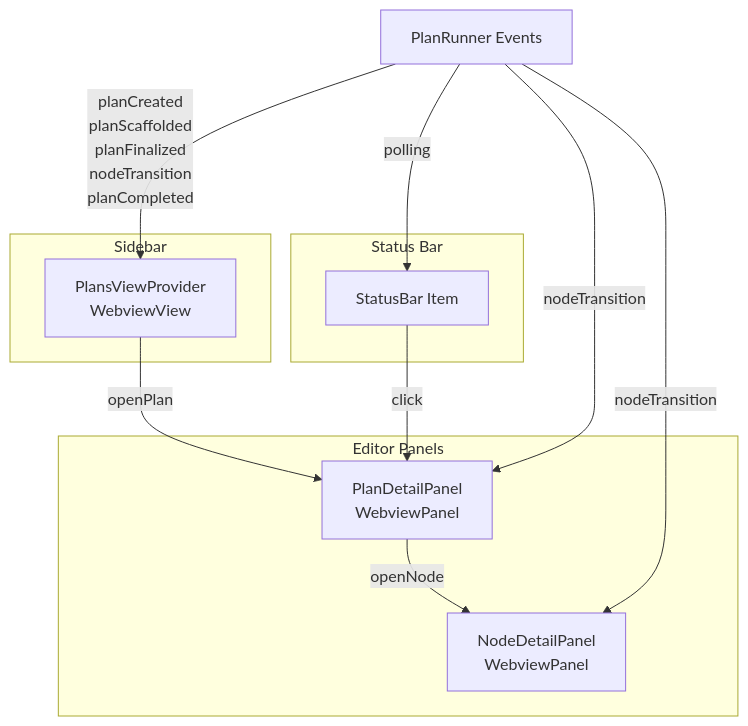
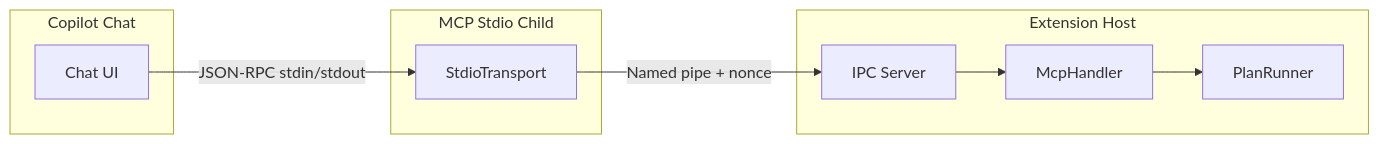
Diagram 12 of 13 in docs/ARCHITECTURE.md (JeromySt/vscode-copilot-orchestrator), drawn with Mermaid before and after one commit. The commit also changed other lines of this file and 184 other files, not shown here.

````diff
--- a/docs/ARCHITECTURE.md
+++ b/docs/ARCHITECTURE.md
@@ -640,24 +693,21 @@
 ```mermaid
-graph TB
-    subgraph "Sidebar"
-        PV[PlansViewProvider<br/>WebviewView]
+graph LR
+    subgraph "Copilot Chat"
+        CHAT[Chat UI]
     end
 
-    subgraph "Editor Panels"
-        PDP[PlanDetailPanel<br/>WebviewPanel]
-        NDP[NodeDetailPanel<br/>WebviewPanel]
+    subgraph "MCP Stdio Child"
+        STDIO[StdioTransport]
     end
 
-    subgraph "Status Bar"
-        SB[StatusBar Item]
+    subgraph "Extension Host"
+        IPC_S[IPC Server]
+        ROUTE[McpHandler]
+        PLAN[PlanRunner]
     end
 
-    PV -->|openPlan| PDP
-    PDP -->|openNode| NDP
-    SB -->|click| PDP
-
-    PR[PlanRunner Events] -->|planCreated<br/>planScaffolded<br/>planFinalized<br/>nodeTransition<br/>planCompleted| PV
-    PR -->|nodeTransition| PDP
-    PR -->|nodeTransition| NDP
-    PR -->|polling| SB
+    CHAT -->|JSON-RPC stdin/stdout| STDIO
+    STDIO -->|Named pipe + nonce| IPC_S
+    IPC_S --> ROUTE
+    ROUTE --> PLAN
 ```
````
